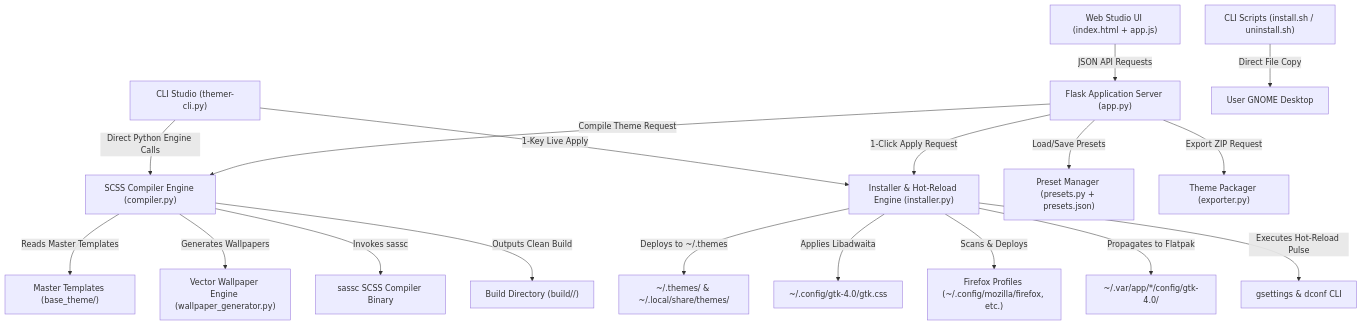
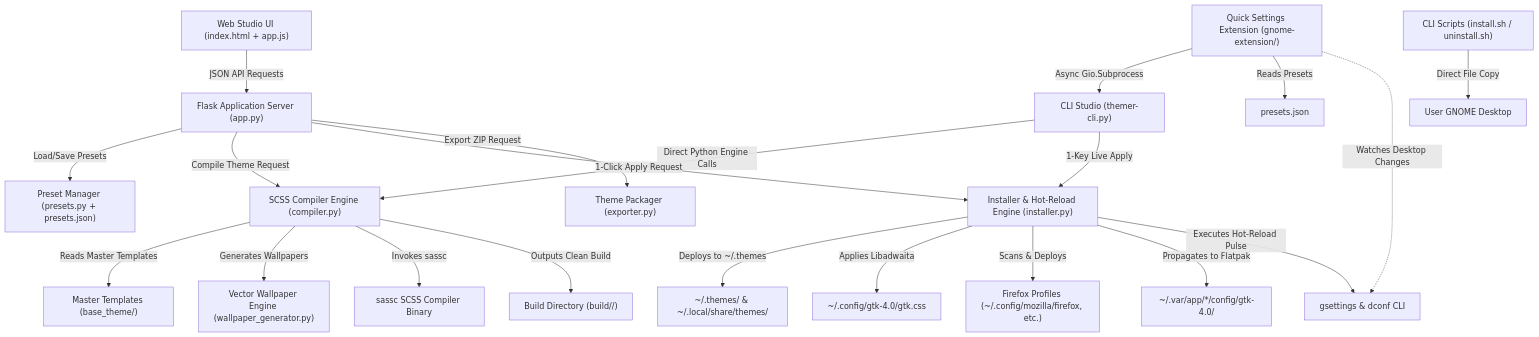
The diagram in AGENTS.md (angelaguayo/gnome-theme-studio), drawn with Mermaid before and after one commit. The commit also changed other lines of this file and 8 other files, not shown here.

Commit message:
feat(extension): add GNOME Shell Quick Settings extension and update documentation

````diff
--- a/AGENTS.md
+++ b/AGENTS.md
@@ -28,23 +29,26 @@
 ```mermaid
 flowchart TD
     UI["Web Studio UI (index.html + app.js)"] -->|JSON API Requests| APP["Flask Application Server (app.py)"]
     TUI["CLI Studio (themer-cli.py)"] -->|Direct Python Engine Calls| COMPILER["SCSS Compiler Engine (compiler.py)"]
     TUI -->|1-Key Live Apply| INSTALLER["Installer & Hot-Reload Engine (installer.py)"]
+    EXT["Quick Settings Extension (gnome-extension/)"] -->|Async Gio.Subprocess| TUI
+    EXT -->|Reads Presets| PRESETS_FILE["presets.json"]
+    EXT -.->|Watches Desktop Changes| GSETTINGS["gsettings & dconf CLI"]
     CLI["CLI Scripts (install.sh / uninstall.sh)"] -->|Direct File Copy| SYSTEM["User GNOME Desktop"]
     
     APP -->|Load/Save Presets| PRESETS["Preset Manager (presets.py + presets.json)"]
     APP -->|Compile Theme Request| COMPILER
     APP -->|1-Click Apply Request| INSTALLER
     APP -->|Export ZIP Request| EXPORTER["Theme Packager (exporter.py)"]
     
     COMPILER -->|Reads Master Templates| BASE["Master Templates (base_theme/)"]
     COMPILER -->|Generates Wallpapers| WP["Vector Wallpaper Engine (wallpaper_generator.py)"]
     COMPILER -->|Invokes sassc| SASSC["sassc SCSS Compiler Binary"]
     COMPILER -->|Outputs Clean Build| BUILD["Build Directory (build/<Theme-Name>/)"]
     
     INSTALLER -->|Deploys to ~/.themes| THEMES_DIR["~/.themes/ & ~/.local/share/themes/"]
     INSTALLER -->|Applies Libadwaita| GTK4_DIR["~/.config/gtk-4.0/gtk.css"]
     INSTALLER -->|Scans & Deploys| FIREFOX["Firefox Profiles (~/.config/mozilla/firefox, etc.)"]
     INSTALLER -->|Propagates to Flatpak| FLATPAK["~/.var/app/*/config/gtk-4.0/"]
-    INSTALLER -->|Executes Hot-Reload Pulse| GSETTINGS["gsettings & dconf CLI"]
+    INSTALLER -->|Executes Hot-Reload Pulse| GSETTINGS
 ```
````
